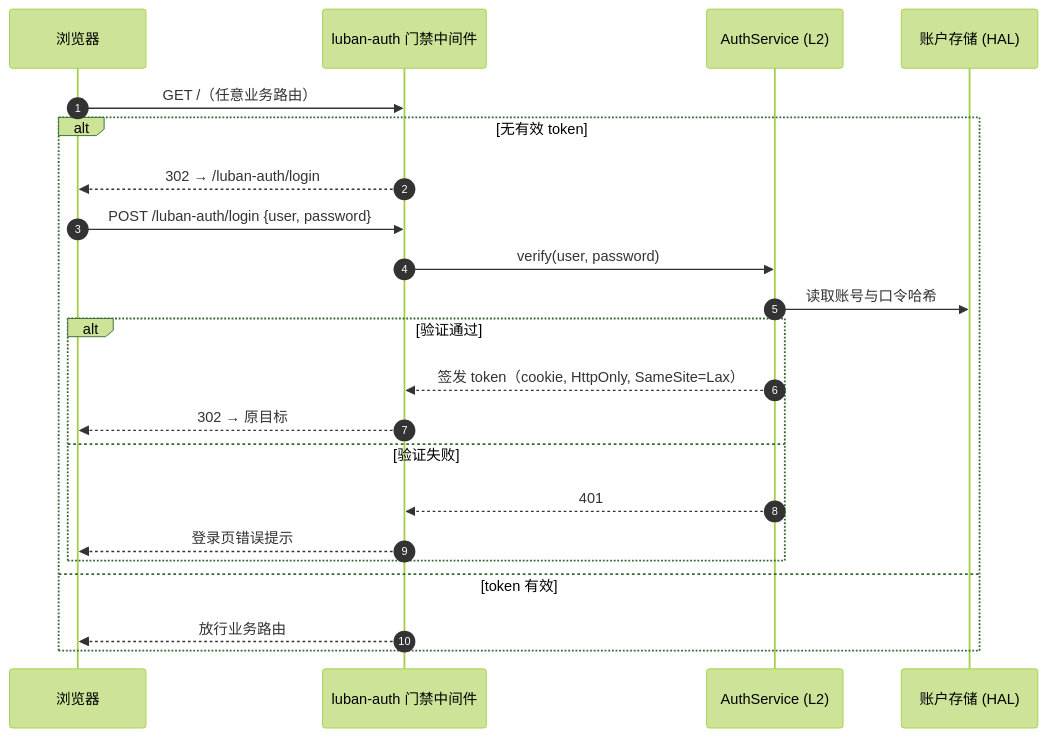
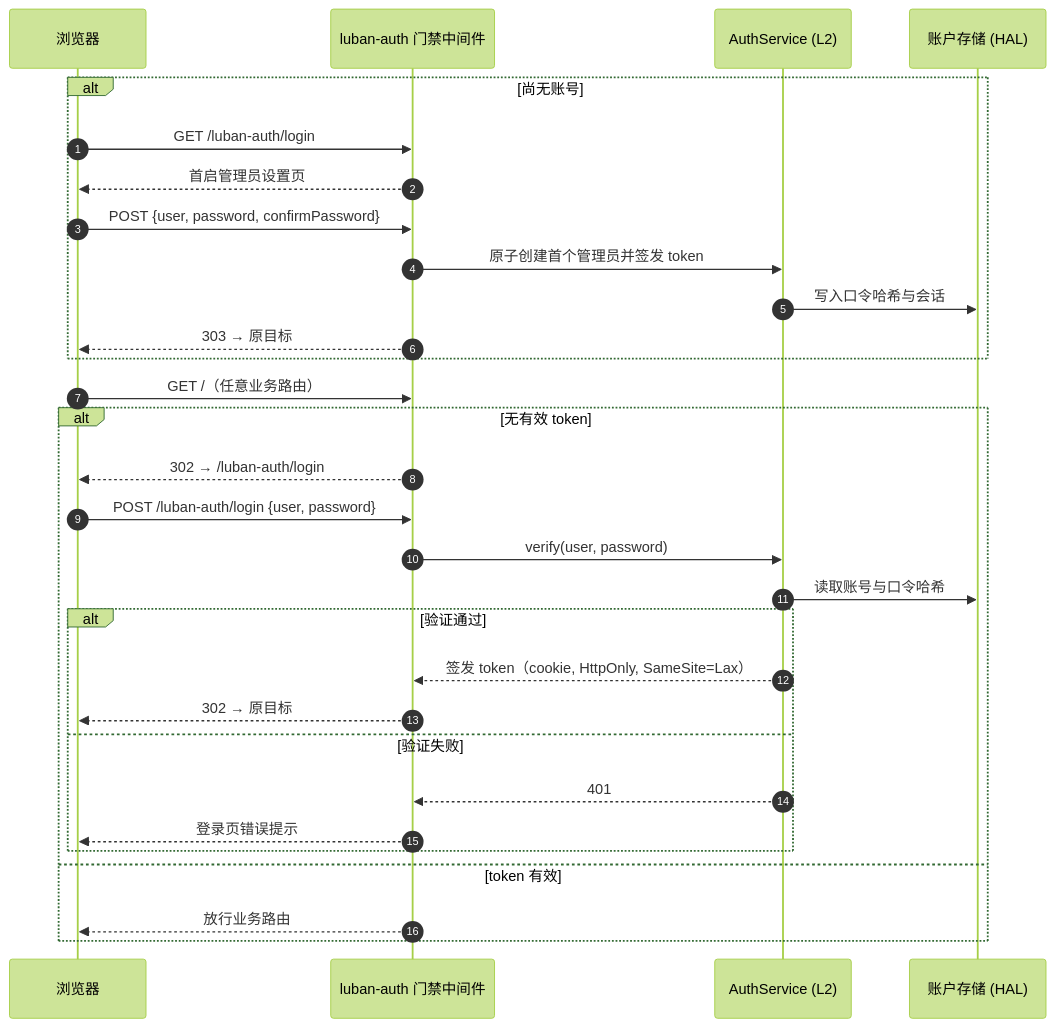
One commit to yin52133/dsh-luban changed the diagram in design/03-modules/M01-auth.md. Above: the diagram before and after it, drawn with Mermaid (forest theme). The commit also changed other lines of this file and 38 other files, not shown here.

````diff
--- a/design/03-modules/M01-auth.md
+++ b/design/03-modules/M01-auth.md
@@ -40,24 +41,32 @@
 ```mermaid
 sequenceDiagram
     autonumber
     participant B as 浏览器
     participant G as luban-auth 门禁中间件
     participant A as AuthService (L2)
     participant S as 账户存储 (HAL)
+    alt 尚无账号
+        B->>G: GET /luban-auth/login
+        G-->>B: 首启管理员设置页
+        B->>G: POST {user, password, confirmPassword}
+        G->>A: 原子创建首个管理员并签发 token
+        A->>S: 写入口令哈希与会话
+        G-->>B: 303 → 原目标
+    end
     B->>G: GET /（任意业务路由）
     alt 无有效 token
         G-->>B: 302 → /luban-auth/login
         B->>G: POST /luban-auth/login {user, password}
         G->>A: verify(user, password)
         A->>S: 读取账号与口令哈希
         alt 验证通过
             A-->>G: 签发 token（cookie, HttpOnly, SameSite=Lax）
             G-->>B: 302 → 原目标
         else 验证失败
             A-->>G: 401
             G-->>B: 登录页错误提示
         end
     else token 有效
         G-->>B: 放行业务路由
     end
 ```
````
